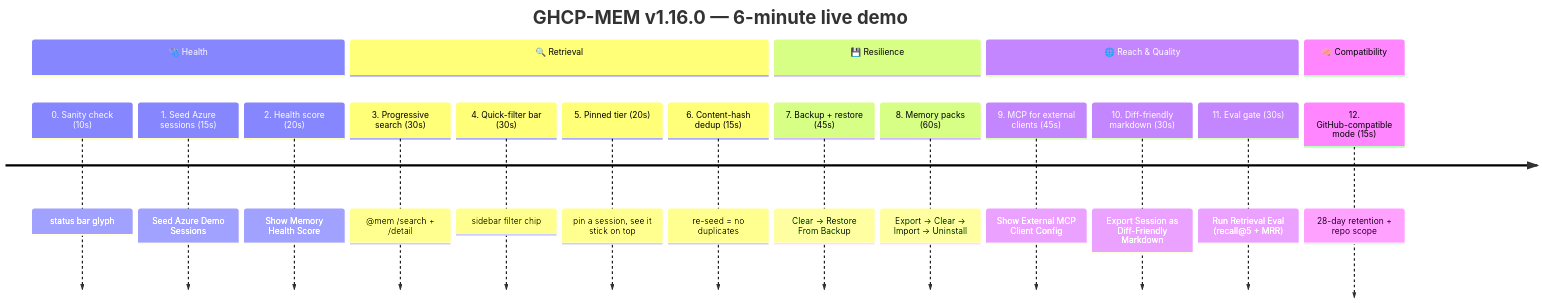
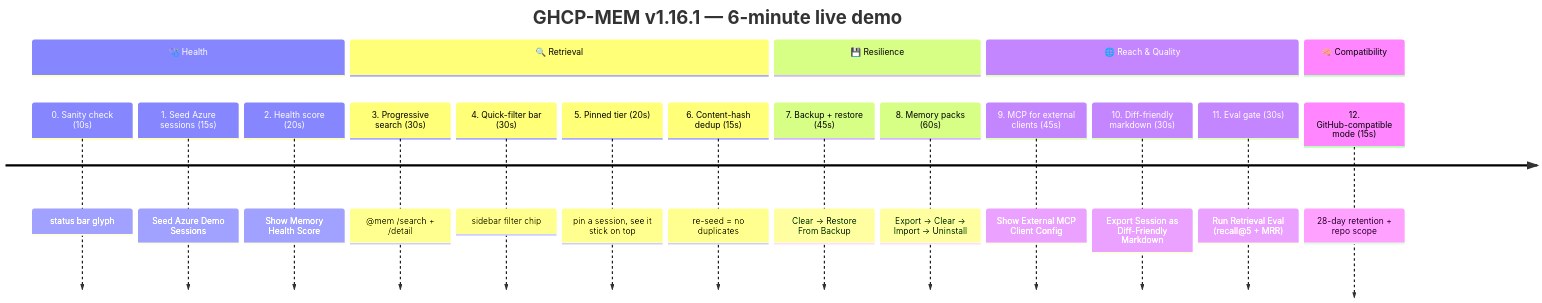
Before and after one commit to ITcredibl/ghcp-mem: the first of 5 diagrams in docs/DEMO.md, drawn with Mermaid. The commit also changed other lines of this file and 5 other files, not shown here.

````diff
--- a/docs/DEMO.md
+++ b/docs/DEMO.md
@@ -20,22 +20,22 @@
 ```mermaid
 timeline
-    title GHCP-MEM v1.16.0 — 6-minute live demo
+    title GHCP-MEM v1.16.1 — 6-minute live demo
     section 🩺 Health
         0. Sanity check (10s)              : status bar glyph
         1. Seed Azure sessions (15s)       : Seed Azure Demo Sessions
         2. Health score (20s)              : Show Memory Health Score
     section 🔍 Retrieval
         3. Progressive search (30s)        : @mem /search + /detail
         4. Quick-filter bar (30s)          : sidebar filter chip
         5. Pinned tier (20s)               : pin a session, see it stick on top
         6. Content-hash dedup (15s)        : re-seed = no duplicates
     section 💾 Resilience
         7. Backup + restore (45s)          : Clear → Restore From Backup
         8. Memory packs (60s)              : Export → Clear → Import → Uninstall
     section 🌐 Reach & Quality
         9. MCP for external clients (45s)  : Show External MCP Client Config
         10. Diff-friendly markdown (30s)   : Export Session as Diff-Friendly Markdown
         11. Eval gate (30s)                : Run Retrieval Eval (recall@5 + MRR)
     section 🧠 Compatibility
         12. GitHub-compatible mode (15s)   : 28-day retention + repo scope
 ```
````
